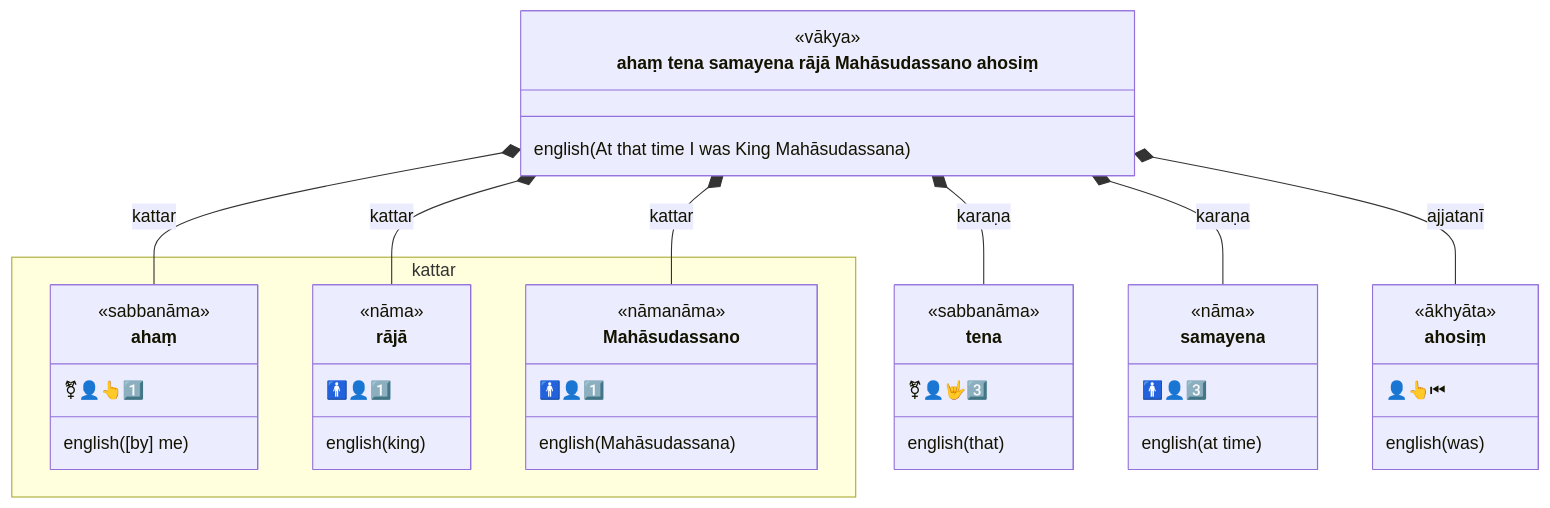
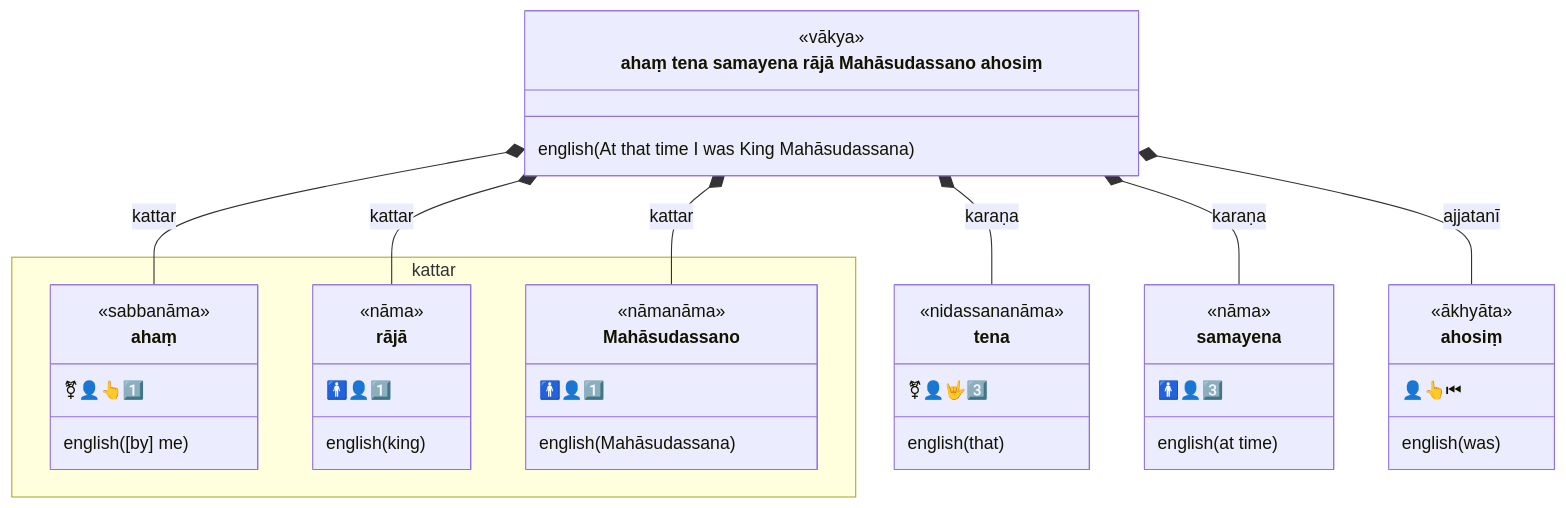
One commit to ChristineTham/buddhavacana changed diagram 31 of 60 in content/en/docs/Pali/sentences.md. Above: the diagram before and after it, drawn with Mermaid. The commit also changed other lines of this file and 3 other files, not shown here.

````diff
--- a/content/en/docs/Pali/sentences.md
+++ b/content/en/docs/Pali/sentences.md
@@ -993,45 +993,45 @@
 ```mermaid
 classDiagram
   class sentence["ahaṃ tena samayena rājā Mahāsudassano ahosiṃ"] {
     <<vākya>>
     english(At that time I was King Mahāsudassana)
   }
   class tena {
-    <<sabbanāma>>
+    <<nidassananāma>>
     ⚧👤🤟3️⃣
     english(that)
   }
   class samayena {
     <<nāma>>
     🚹👤3️⃣
     english(at time)
   }
   namespace kattar {
     class ahaṃ {
       <<sabbanāma>>
       ⚧👤👆1️⃣
       english([by] me)
     }
     class rājā {
       <<nāma>>
       🚹👤1️⃣
       english(king)
     }
     class Mahāsudassano {
       <<nāmanāma>>
       🚹👤1️⃣
       english(Mahāsudassana)
     }
   }
   class ahosiṃ {
     <<ākhyāta>>
     👤👆⏮
     english(was)
   }
   sentence *-- ahaṃ : kattar
   sentence *-- tena : karaṇa
   sentence *-- samayena : karaṇa
   sentence *-- rājā : kattar
   sentence *-- Mahāsudassano : kattar
   sentence *-- ahosiṃ: ajjatanī
 ```
````
